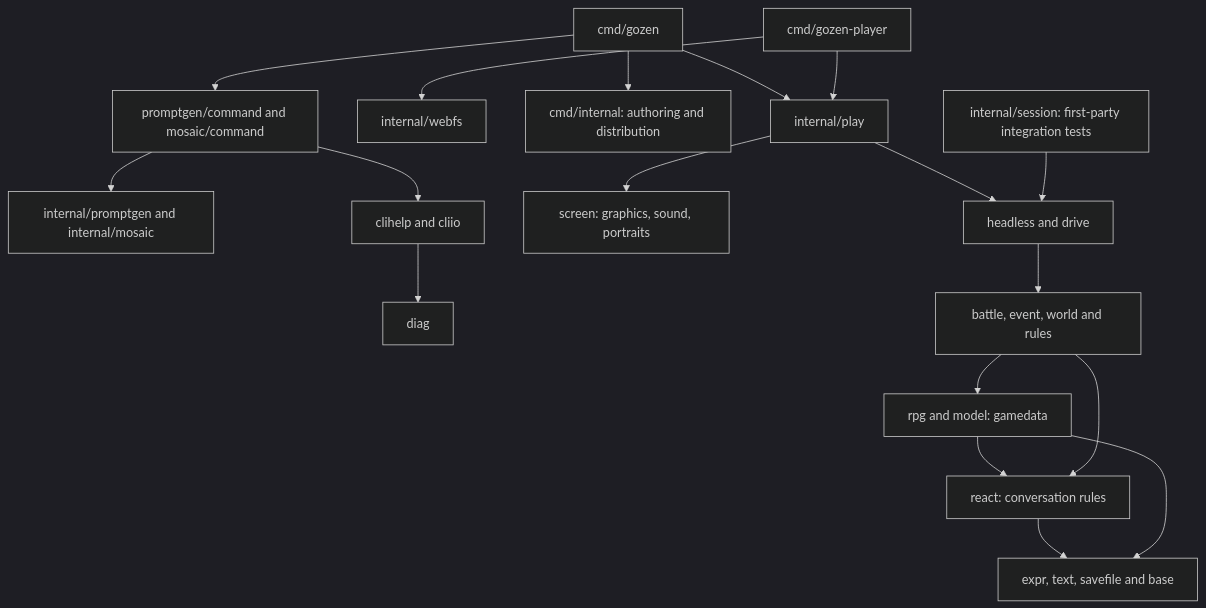
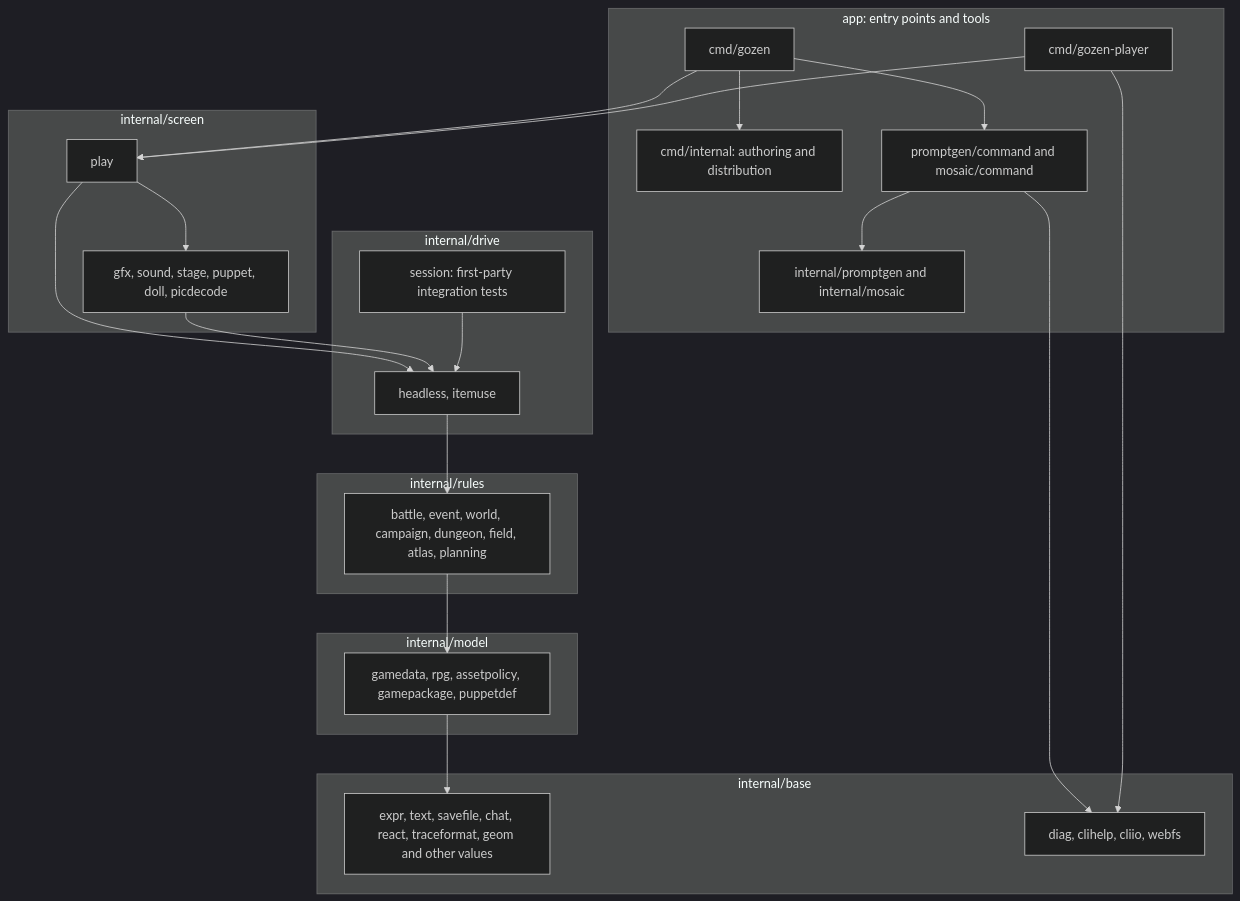
One commit to nao1215/gozen changed the diagram in docs/architecture/overview.md. Above: the diagram before and after it, drawn with Mermaid (dark theme). The commit also changed other lines of this file and 1092 other files, not shown here.

````diff
--- a/docs/architecture/overview.md
+++ b/docs/architecture/overview.md
@@ -5,20 +5,42 @@
 ```mermaid
 flowchart TD
-  CLI[cmd/gozen] --> Play[internal/play]
-  Player[cmd/gozen-player] --> Play
-  Player --> WebFS[internal/webfs]
-  CLI --> Tools[cmd/internal: authoring and distribution]
-  CLI --> Adapters[promptgen/command and mosaic/command]
-  Adapters --> Domain[internal/promptgen and internal/mosaic]
-  Adapters --> IO[clihelp and cliio]
-  IO --> Diag[diag]
-  Play --> Display[screen: graphics, sound, portraits]
-  Play --> Progress[headless and drive]
-  Session[internal/session: first-party integration tests] --> Progress
-  Progress --> Rules[battle, event, world and rules]
-  Rules --> Model[rpg and model: gamedata]
-  Model --> React[react: conversation rules]
-  Rules --> React
-  React --> Base
-  Model --> Base[expr, text, savefile and base]
+  subgraph app[app: entry points and tools]
+    CLI[cmd/gozen]
+    Player[cmd/gozen-player]
+    Tools[cmd/internal: authoring and distribution]
+    Adapters[promptgen/command and mosaic/command]
+    Domain[internal/promptgen and internal/mosaic]
+  end
+  subgraph screen[internal/screen]
+    Play[play]
+    Display[gfx, sound, stage, puppet, doll, picdecode]
+  end
+  subgraph drive[internal/drive]
+    Progress[headless, itemuse]
+    Session[session: first-party integration tests]
+  end
+  subgraph rules[internal/rules]
+    Rules[battle, event, world, campaign, dungeon, field, atlas, planning]
+  end
+  subgraph model[internal/model]
+    Model[gamedata, rpg, assetpolicy, gamepackage, puppetdef]
+  end
+  subgraph base[internal/base]
+    Base[expr, text, savefile, chat, react, traceformat, geom and other values]
+    IO[diag, clihelp, cliio, webfs]
+  end
+  CLI --> Play
+  CLI --> Tools
+  CLI --> Adapters
+  Adapters --> Domain
+  Adapters --> IO
+  Player --> Play
+  Player --> IO
+  Play --> Display
+  Play --> Progress
+  Display --> Progress
+  Session --> Progress
+  Progress --> Rules
+  Rules --> Model
+  Model --> Base
 ```
````
